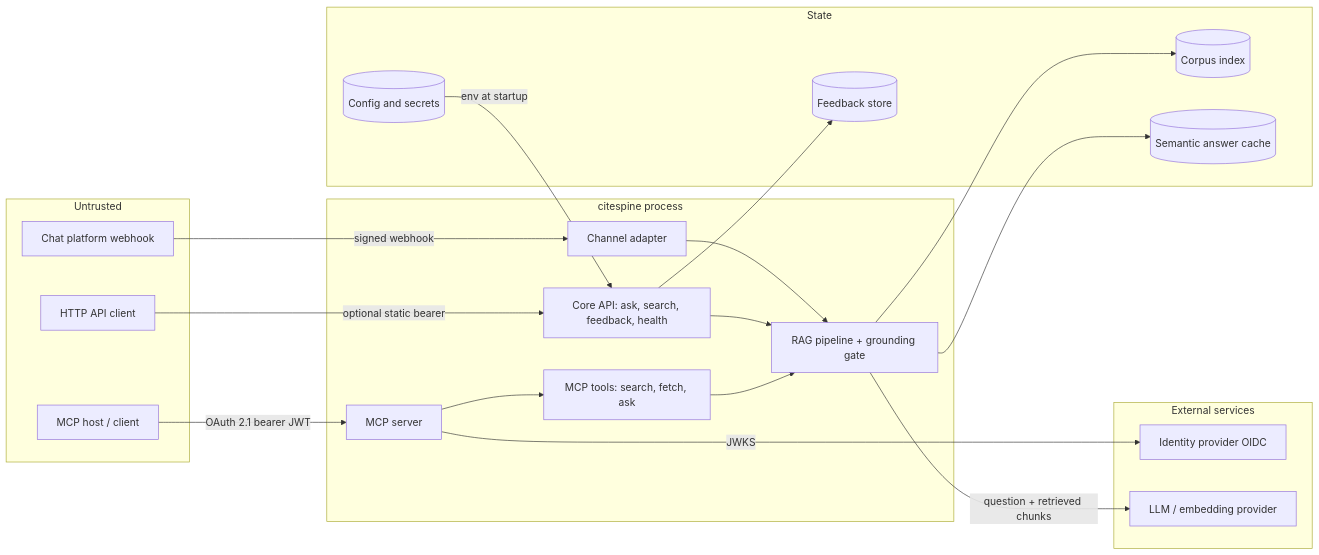
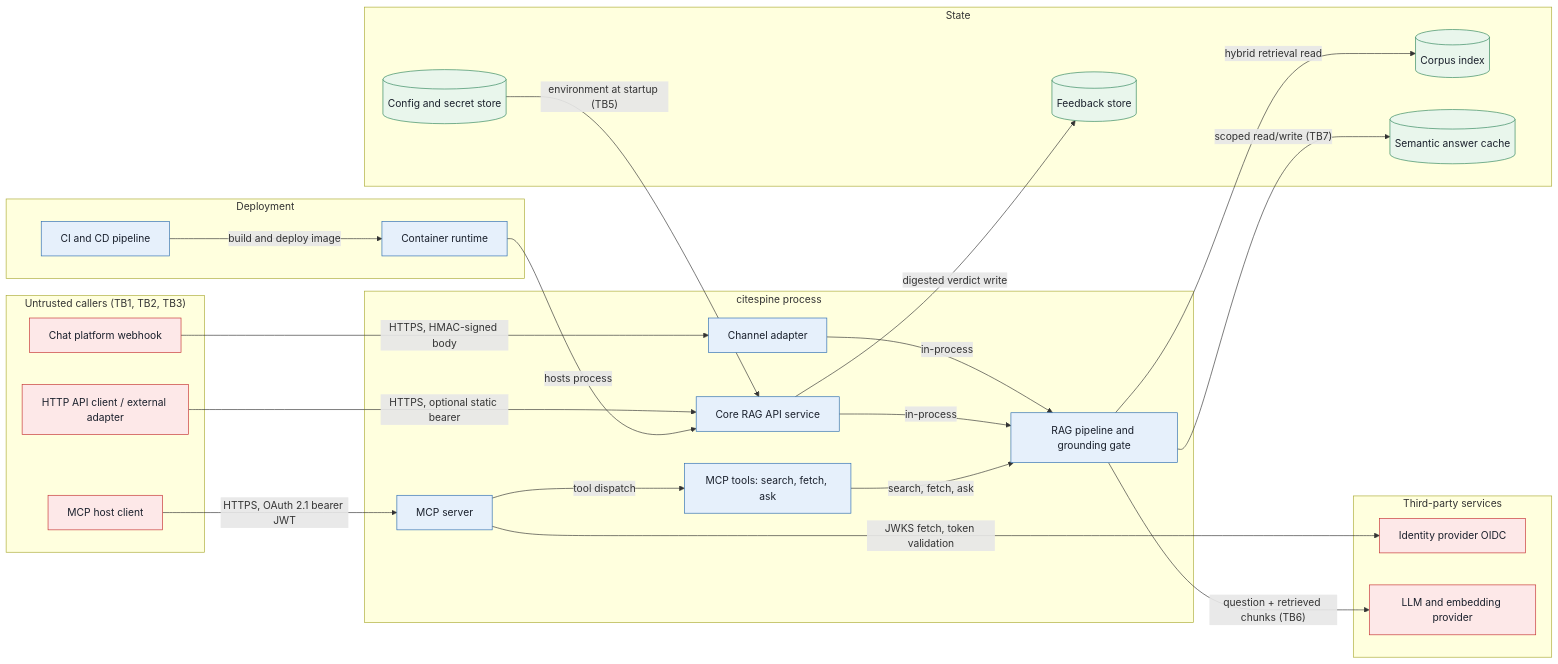
The diagram in docs/THREAT-MODEL.md (sergioemancinas/grounded-rag-service), drawn with Mermaid before and after one commit. The commit also changed other lines of this file and 15 other files, not shown here.

````diff
--- a/docs/THREAT-MODEL.md
+++ b/docs/THREAT-MODEL.md
@@ -31,39 +35,56 @@
 ```mermaid
 flowchart LR
-  subgraph untrusted[Untrusted]
+  subgraph untrusted["Untrusted callers (TB1, TB2, TB3)"]
     chat[Chat platform webhook]
-    client[HTTP API client]
-    mcpc[MCP host / client]
+    client[HTTP API client / external adapter]
+    mcpc[MCP host client]
   end
-  subgraph external[External services]
+
+  subgraph third["Third-party services"]
     idp[Identity provider OIDC]
-    llm[LLM / embedding provider]
+    llm[LLM and embedding provider]
   end
-  subgraph service[citespine process]
+
+  subgraph proc["citespine process"]
     adapter[Channel adapter]
-    core[Core API: ask, search, feedback, health]
+    core[Core RAG API service]
     mcps[MCP server]
     tools[MCP tools: search, fetch, ask]
-    pipe[RAG pipeline + grounding gate]
+    pipe[RAG pipeline and grounding gate]
   end
-  subgraph data[State]
+
+  subgraph state["State"]
     index[(Corpus index)]
     cache[(Semantic answer cache)]
     fb[(Feedback store)]
-    cfg[(Config and secrets)]
+    secrets[(Config and secret store)]
   end
 
-  chat -->|signed webhook| adapter
-  client -->|optional static bearer| core
-  mcpc -->|OAuth 2.1 bearer JWT| mcps
-  mcps -->|JWKS| idp
-  mcps --> tools
-  adapter --> pipe
-  core --> pipe
-  tools --> pipe
-  pipe --> cache
-  pipe --> index
-  pipe -->|question + retrieved chunks| llm
-  core --> fb
-  cfg -->|env at startup| core
+  subgraph platform["Deployment"]
+    container[Container runtime]
+    cicd[CI and CD pipeline]
+  end
+
+  chat -->|"HTTPS, HMAC-signed body"| adapter
+  client -->|"HTTPS, optional static bearer"| core
+  mcpc -->|"HTTPS, OAuth 2.1 bearer JWT"| mcps
+  mcps -->|"JWKS fetch, token validation"| idp
+  mcps -->|tool dispatch| tools
+  adapter -->|in-process| pipe
+  core -->|in-process| pipe
+  tools -->|search, fetch, ask| pipe
+  pipe -->|"scoped read/write (TB7)"| cache
+  pipe -->|hybrid retrieval read| index
+  pipe -->|"question + retrieved chunks (TB6)"| llm
+  core -->|digested verdict write| fb
+  secrets -->|"environment at startup (TB5)"| core
+  cicd -->|build and deploy image| container
+  container -->|hosts process| core
+
+  classDef ext fill:#fde8e8,stroke:#c53030,color:#1a202c
+  classDef svc fill:#e6f0fb,stroke:#2b6cb0,color:#1a202c
+  classDef ds fill:#e9f6ec,stroke:#2f855a,color:#1a202c
+  class chat,client,mcpc,idp,llm ext
+  class adapter,core,mcps,tools,pipe,container,cicd svc
+  class index,cache,fb,secrets ds
 ```
````
